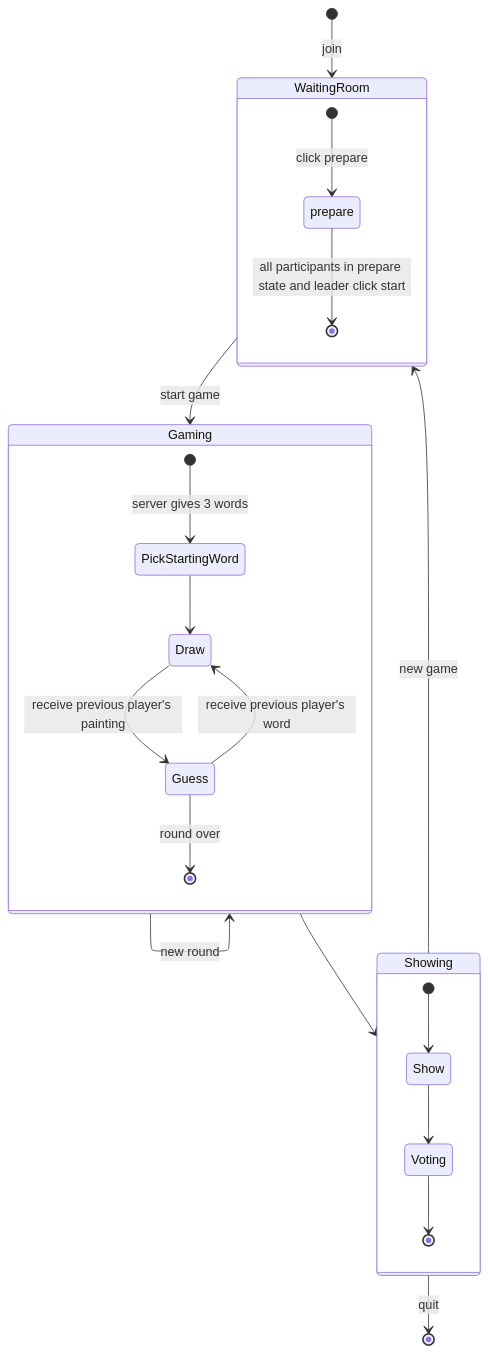
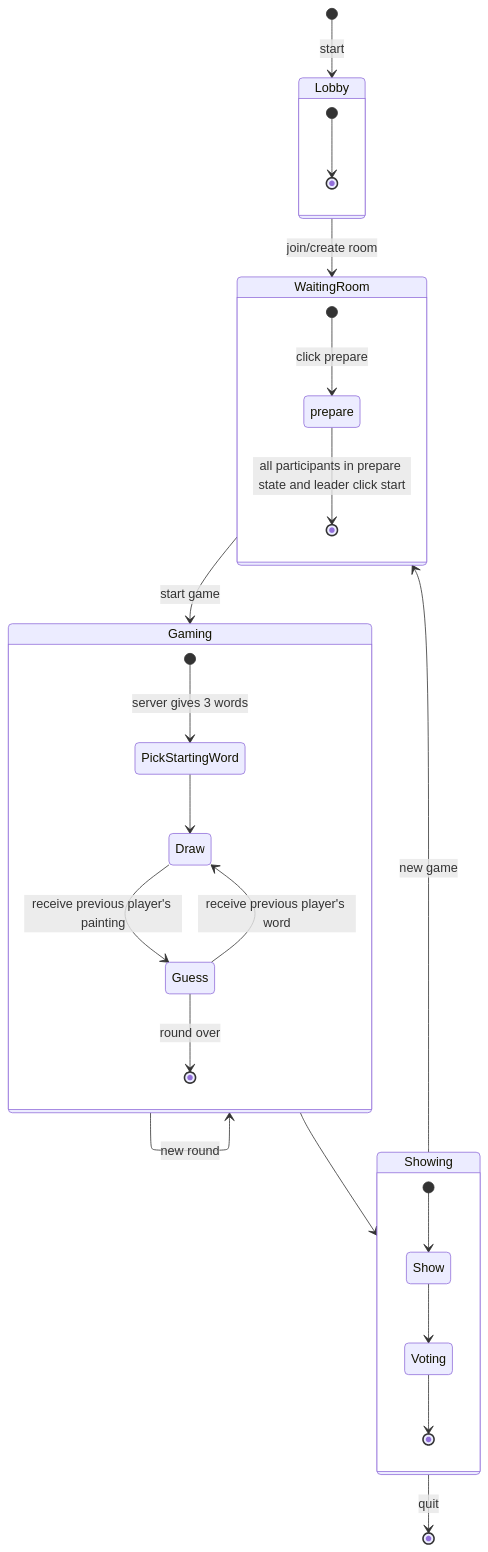
One commit to zzhcai/DrawandGuess changed the first of 2 diagrams in Draw&Guess.md. Above: the diagram before and after it, drawn with Mermaid. The commit also changed other lines of this file, not shown here.

Commit message:
Update diagrams

````diff
--- a/Draw&Guess.md
+++ b/Draw&Guess.md
@@ -1,30 +1,34 @@
 ```mermaid
 stateDiagram-v2 
-	[*] --> WaitingRoom: join
+	[*] --> Lobby: start
+	Lobby --> WaitingRoom: join/create room
 	
+	state Lobby {
+		[*] --> [*]
+	}
 	
 	state WaitingRoom {
 		[*] --> prepare: click prepare
 		prepare --> [*]: all participants in prepare state and leader click start
 	}
 	
 	state Gaming {
 		[*] --> PickStartingWord: server gives 3 words
 		PickStartingWord --> Draw
 		Draw --> Guess: receive previous player's painting
 		Guess --> Draw: receive previous player's word
 		Guess -->[*]: round over
 	}
 	
 	state Showing {
 		[*] --> Show
 		Show --> Voting
 		Voting --> [*]
 	}
 	
 	WaitingRoom --> Gaming: start game
 	Gaming --> Gaming: new round
 	Gaming --> Showing
 	Showing --> WaitingRoom: new game
 	Showing --> [*]: quit
 ```
````
